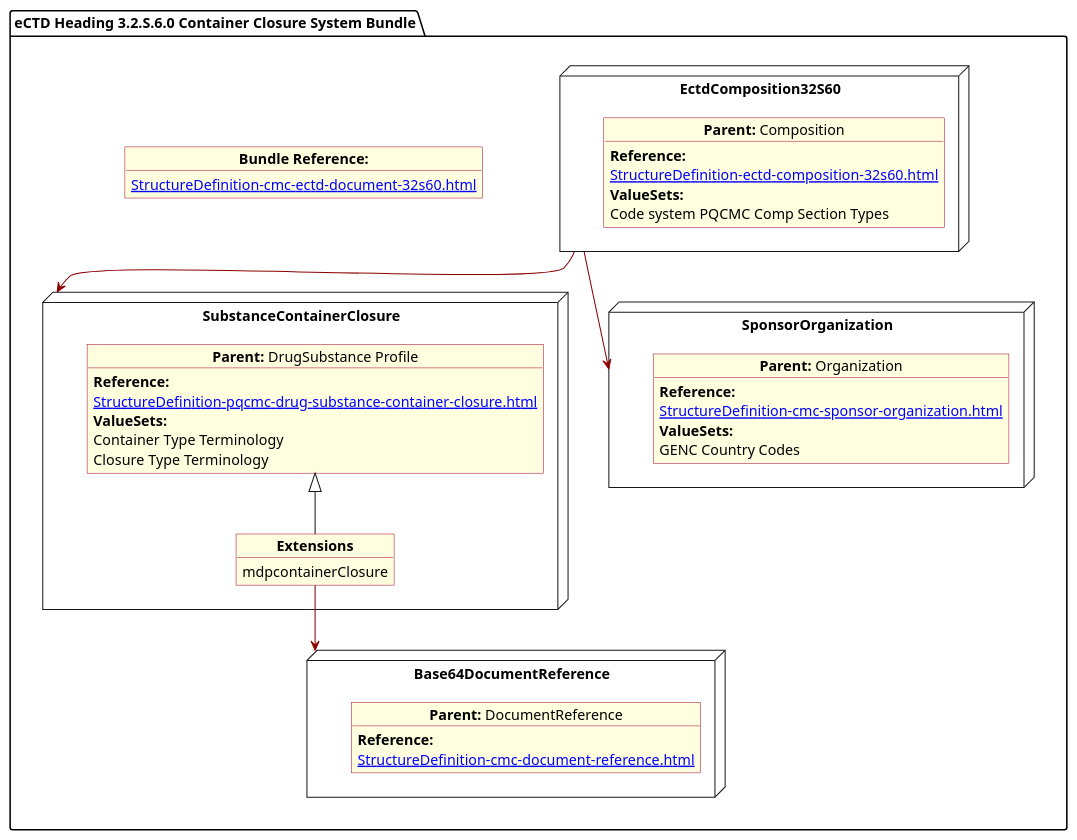
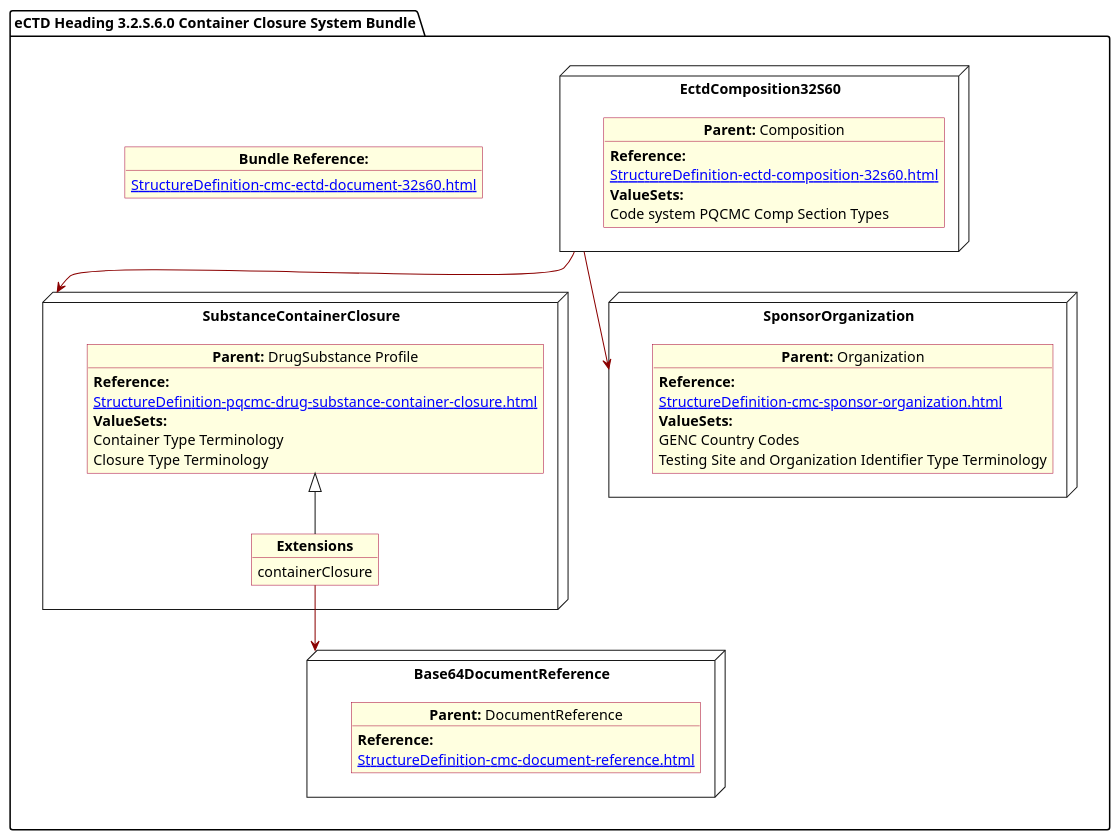
One commit to HL7/FHIR-us-pq-cmc-fda changed the diagram in input/images-source/SubstanceContainer.plantuml. Above: the diagram before and after it, drawn with PlantUML. The commit also changed 24 other files, not shown here.

```diff
--- a/input/images-source/SubstanceContainer.plantuml
+++ b/input/images-source/SubstanceContainer.plantuml
@@ -1,57 +1,66 @@
 @startuml SubstanceContainer
 allowmixing
 'Mixed model of use case and object
 skinparam svgDimensionStyle false
 skinparam ObjectBackgroundColor LightYellow
 skinparam ObjectBorderColor #A80036
 skinparam activityDiamondBorderColor #A80036
 skinparam activityDiamondBackgroundColor lawnGreen
 skinparam ClassBorderThickness 4
 
 package "eCTD Heading 3.2.S.6.0 Container Closure System Bundle" as NODES {
 
-object "**Bundle Reference:**" as objbun {
-              [[StructureDefinition-cmc-ectd-document-32s60.html]]
-    }  
+  object "**Bundle Reference:**" as objbun {
+    [[StructureDefinition-cmc-ectd-document-32s60.html]]
+  }
 
-  node "EctdComposition32S60" as N1 { 
-      object "**Parent:** Composition" as obj1 {
-        **Reference:**
+
+  node "EctdComposition32S60" as N1 {
+
+    object "**Parent:** Composition" as obj1 {
+      **Reference:**
       [[StructureDefinition-ectd-composition-32s60.html]]
       **ValueSets:**
-  Code system PQCMC Comp Section Types
-    }   
-}
-node "SubstanceContainerClosure" as N21 { 
-      object "**Parent:** DrugSubstance Profile" as obj22 {
-          **Reference:**
+      Code system PQCMC Comp Section Types
+    }
+
+  }
+  node "SubstanceContainerClosure" as N21 {
+
+    object "**Parent:** DrugSubstance Profile" as obj22 {
+      **Reference:**
       [[StructureDefinition-pqcmc-drug-substance-container-closure.html]]
-        **ValueSets:**
-        Container Type Terminology
-        Closure Type Terminology
+      **ValueSets:**
+      Container Type Terminology
+      Closure Type Terminology
     }
     object "**Extensions**" as objEx {
-        mdpcontainerClosure
+      containerClosure
     }
-obj22 <|-- objEx  
-}
-node "Base64DocumentReference" as NB64 { 
-      object "**Parent:** DocumentReference"  as obj64 {  
-       **Reference:**
-      [[StructureDefinition-cmc-document-reference.html]] 
-    }   
-}
-node "SponsorOrganization" as NSO { 
-      object "**Parent:** Organization" as objAu {
-        **Reference:**
+    obj22 <|-- objEx
+  }
+  node "Base64DocumentReference" as NB64 {
+
+    object "**Parent:** DocumentReference"  as obj64 {
+
+      **Reference:**
+      [[StructureDefinition-cmc-document-reference.html]]
+    }
+
+  }
+  node "SponsorOrganization" as NSO {
+
+    object "**Parent:** Organization" as objAu {
+      **Reference:**
       [[StructureDefinition-cmc-sponsor-organization.html]]
-        **ValueSets:**
-        GENC Country Codes
+      **ValueSets:**
+      GENC Country Codes
+      Testing Site and Organization Identifier Type Terminology
     }
-}
+  }
 }
 
 N1 -[#darkred]-> N21
 N1 -[#darkred]-> NSO
-objEx -[#darkred]-> NB64 
+objEx -[#darkred]-> NB64
 @enduml
```
